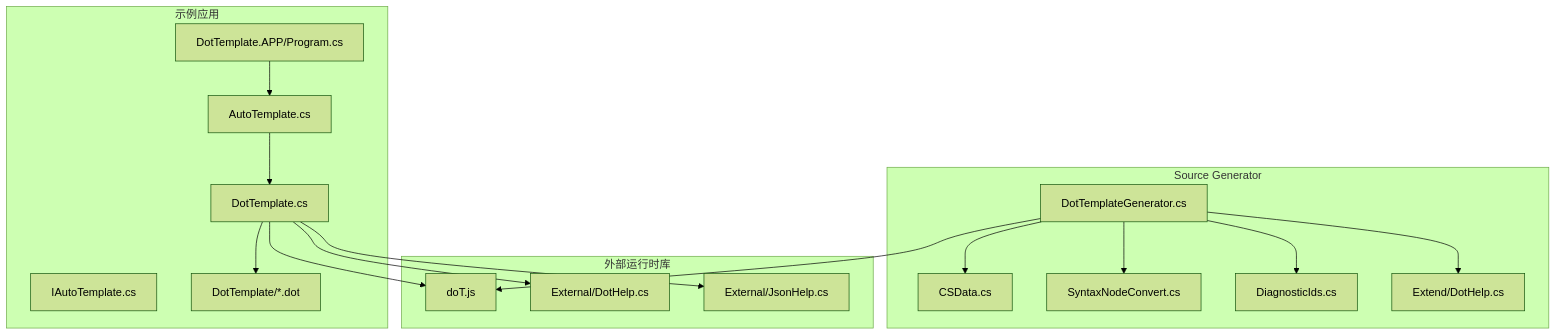
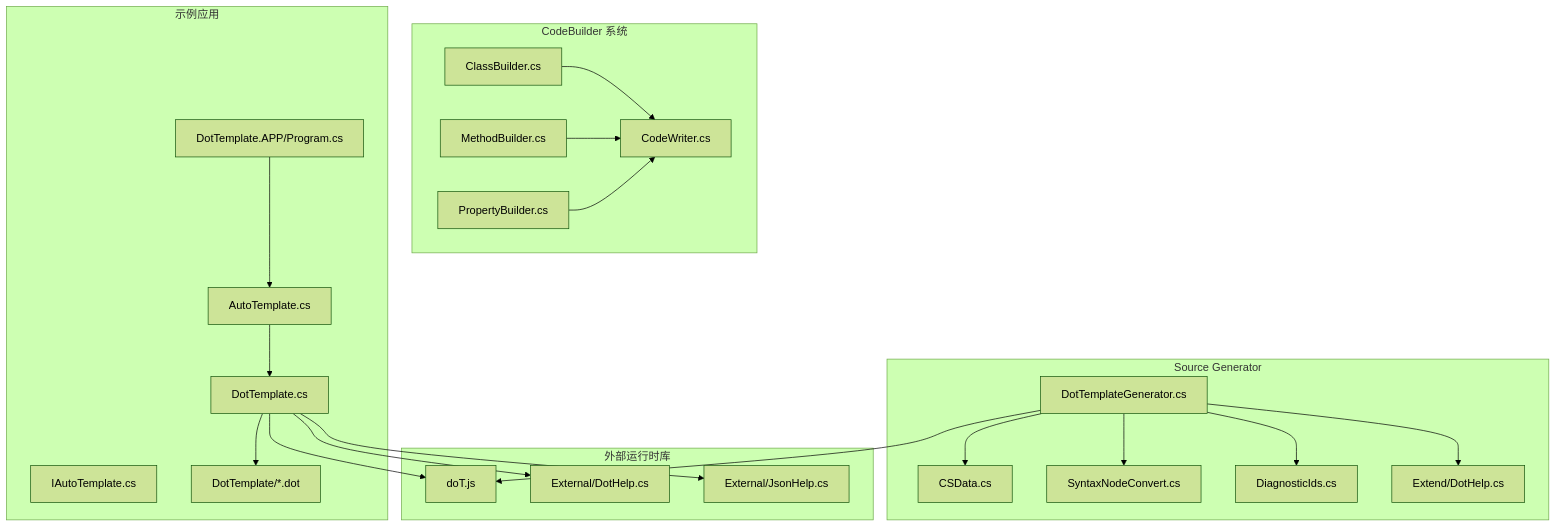
Before and after one commit to alivy/AutoCode: the first of 11 diagrams in .qoder/repowiki/zh/content/核心概念/模板引擎机制.md, drawn with Mermaid (forest theme). The commit also changed other lines of this file and 279 other files, not shown here.

````diff
--- a/.qoder/repowiki/zh/content/核心概念/模板引擎机制.md
+++ b/.qoder/repowiki/zh/content/核心概念/模板引擎机制.md
@@ -44,33 +60,42 @@
 ```mermaid
 graph TB
 subgraph "Source Generator"
 DTG["DotTemplateGenerator.cs"]
 CS["CSData.cs"]
 SNC["SyntaxNodeConvert.cs"]
 DIAG["DiagnosticIds.cs"]
 DTH_EXT["Extend/DotHelp.cs"]
+end
+subgraph "CodeBuilder 系统"
+CB_CLASS["ClassBuilder.cs"]
+CB_METHOD["MethodBuilder.cs"]
+CB_PROP["PropertyBuilder.cs"]
+CB_WRITER["CodeWriter.cs"]
 end
 subgraph "外部运行时库"
 DOTJS["doT.js"]
 DTH["External/DotHelp.cs"]
 JH["External/JsonHelp.cs"]
 end
 subgraph "示例应用"
 APP_PROG["DotTemplate.APP/Program.cs"]
 AUTO_TPL["AutoTemplate.cs"]
 TPL_CORE["DotTemplate.cs"]
 I_AUTO["IAutoTemplate.cs"]
 TPL_FILES["DotTemplate/*.dot"]
 end
 DTG --> DTH_EXT
 DTG --> DOTJS
 DTG --> CS
 DTG --> SNC
 DTG --> DIAG
+CB_CLASS --> CB_WRITER
+CB_METHOD --> CB_WRITER
+CB_PROP --> CB_WRITER
 APP_PROG --> AUTO_TPL
 AUTO_TPL --> TPL_CORE
 TPL_CORE --> DTH
 TPL_CORE --> DOTJS
 TPL_CORE --> JH
 TPL_CORE --> TPL_FILES
 ```
````
